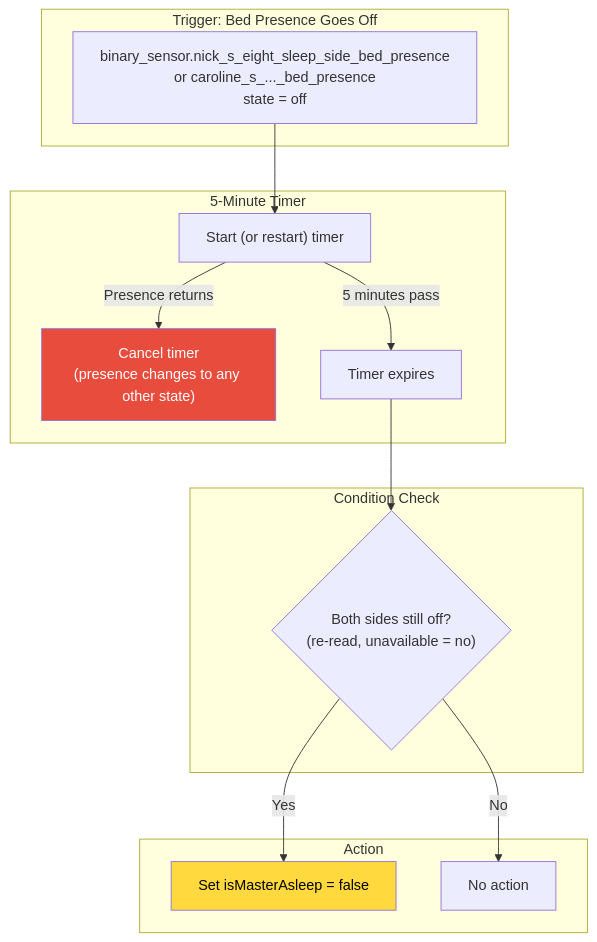
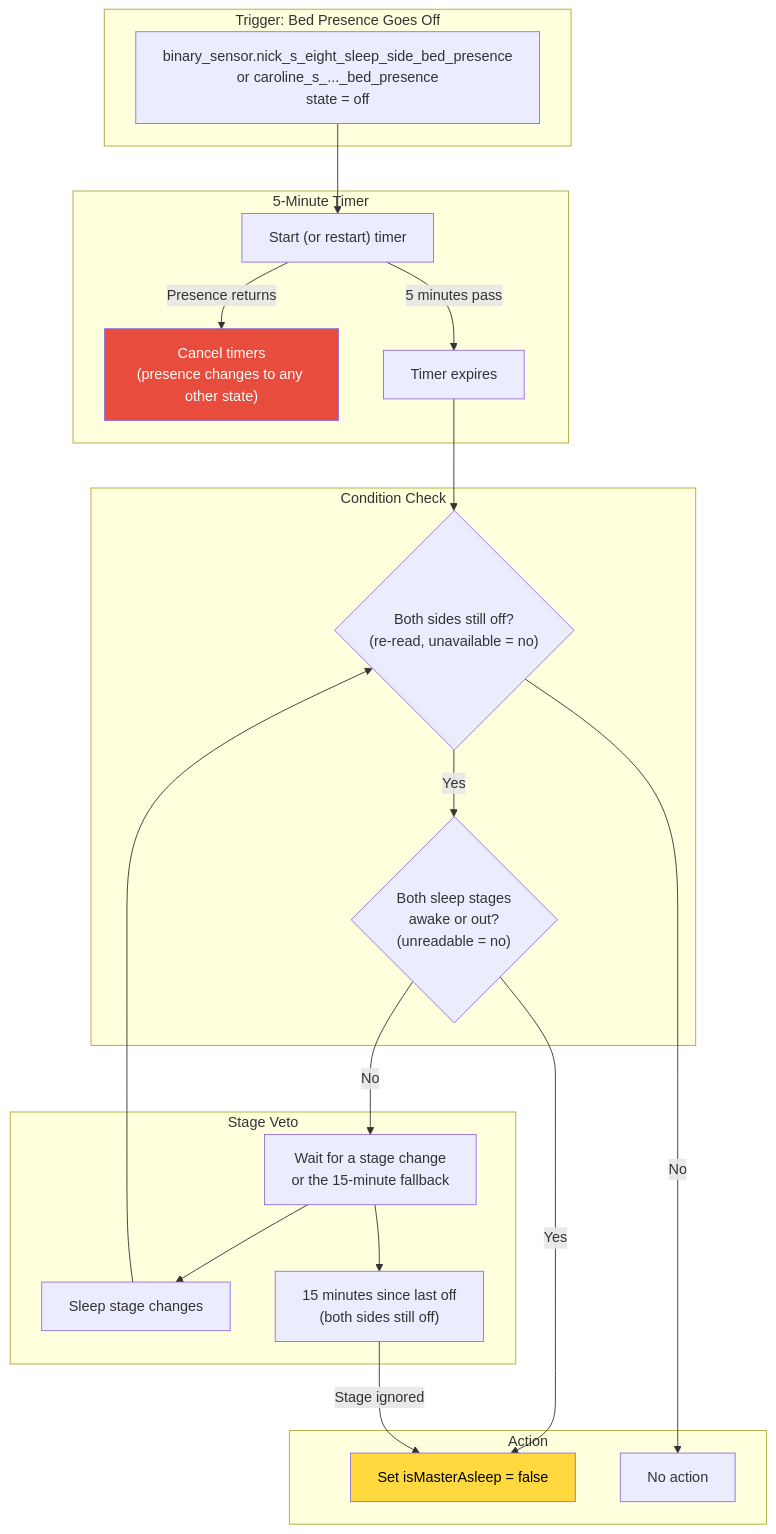
The third of 6 diagrams in docs/flows/STATE_TRACKING.md (NickBorgers/home-automation), drawn with Mermaid before and after one commit. The commit also changed other lines of this file and 5 other files, not shown here.

First line of the commit message:
fix(statetracking): require Eight Sleep stage awake/out to wake master (#1193)

````diff
--- a/docs/flows/STATE_TRACKING.md
+++ b/docs/flows/STATE_TRACKING.md
@@ -117,31 +121,44 @@
 ```mermaid
 flowchart TD
     subgraph Trigger["Trigger: Bed Presence Goes Off"]
         presenceOff["binary_sensor.nick_s_eight_sleep_side_bed_presence<br/>or caroline_s_..._bed_presence<br/>state = off"]
     end
 
     subgraph Timer["5-Minute Timer"]
         start["Start (or restart) timer"]
-        cancel["Cancel timer<br/>(presence changes to any other state)"]
+        cancel["Cancel timers<br/>(presence changes to any other state)"]
         expire["Timer expires"]
     end
 
     subgraph Check["Condition Check"]
         checkBoth{"Both sides still off?<br/>(re-read, unavailable = no)"}
+        checkStage{"Both sleep stages<br/>awake or out?<br/>(unreadable = no)"}
+    end
+
+    subgraph Fallback["Stage Veto"]
+        wait["Wait for a stage change<br/>or the 15-minute fallback"]
+        stageChange["Sleep stage changes"]
+        fallback["15 minutes since last off<br/>(both sides still off)"]
     end
 
     subgraph Action["Action"]
         setAwake["Set isMasterAsleep = false"]
         skipWake["No action"]
     end
 
     presenceOff --> start
     start -->|Presence returns| cancel
     start -->|5 minutes pass| expire
     expire --> checkBoth
     checkBoth -->|No| skipWake
-    checkBoth -->|Yes| setAwake
+    checkBoth -->|Yes| checkStage
+    checkStage -->|Yes| setAwake
+    checkStage -->|No| wait
+    wait --> stageChange
+    wait --> fallback
+    stageChange --> checkBoth
+    fallback -->|Stage ignored| setAwake
 
     style setAwake fill:#ffd93d,color:#000
     style cancel fill:#e74c3c,color:#fff
 ```
````
